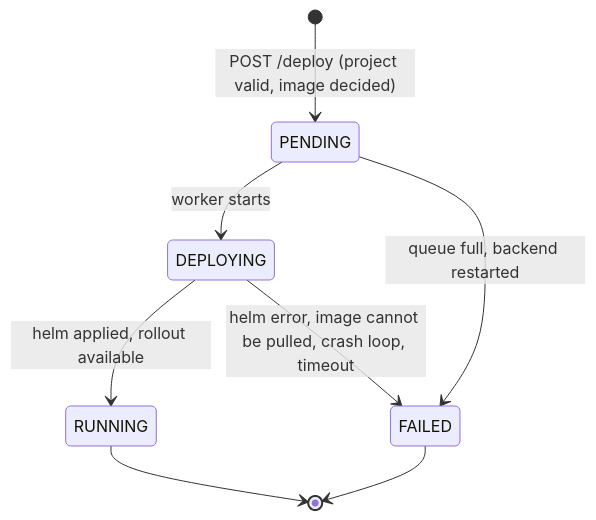
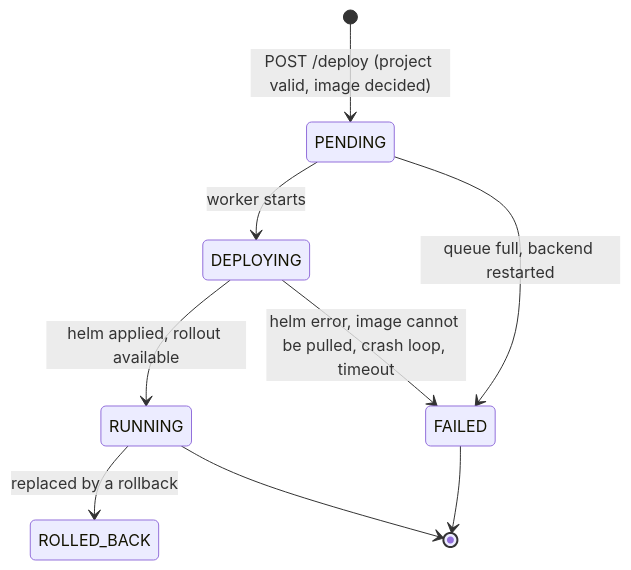
The diagram in docs/deployment-engine.md (paul-pti/DeployKit), drawn with Mermaid before and after one commit. The commit also changed other lines of this file and 5 other files, not shown here.

Commit message:
feat: update documentation for rollback functionality, including API changes, architecture, and troubleshooting

````diff
--- a/docs/deployment-engine.md
+++ b/docs/deployment-engine.md
@@ -10,10 +10,11 @@
 ```mermaid
 stateDiagram-v2
     [*] --> PENDING: POST /deploy (project valid, image decided)
     PENDING --> DEPLOYING: worker starts
     DEPLOYING --> RUNNING: helm applied, rollout available
     DEPLOYING --> FAILED: helm error, image cannot be pulled, crash loop, timeout
     PENDING --> FAILED: queue full, backend restarted
+    RUNNING --> ROLLED_BACK: replaced by a rollback
     RUNNING --> [*]
     FAILED --> [*]
 ```
````
